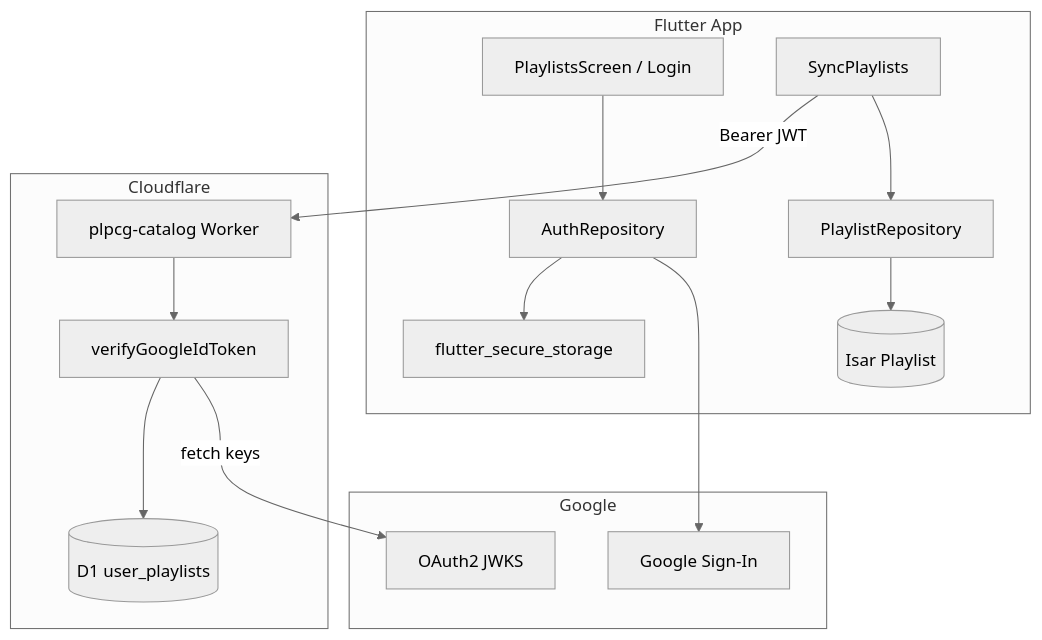
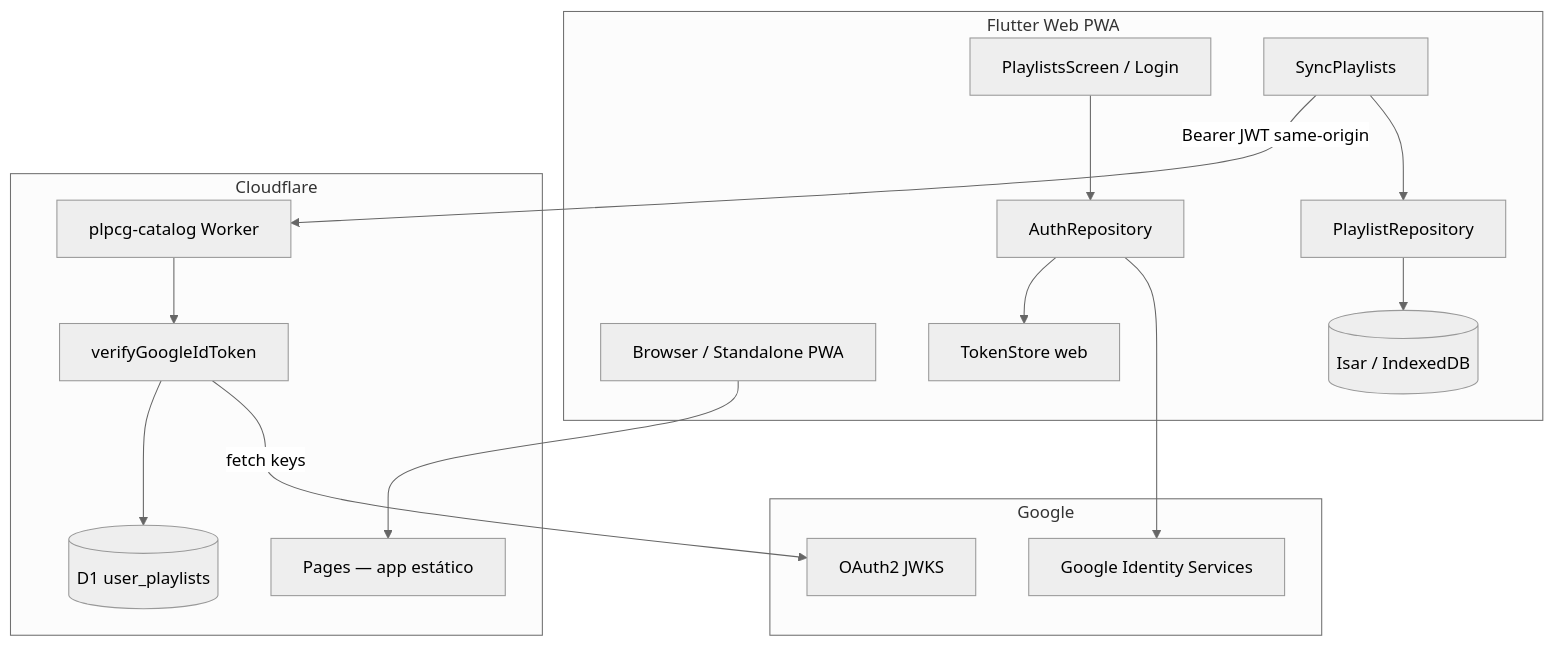
Before and after one commit to jairofilho79/coldigui: the diagram in docs/USER_AUTH_PLAYLIST_SYNC_SPEC.md, drawn with Mermaid (neutral theme). The commit also changed other lines of this file and 35 other files, not shown here.

First line of the commit message:
feat(auth): integrate Google Sign-In for user authentication

````diff
--- a/docs/USER_AUTH_PLAYLIST_SYNC_SPEC.md
+++ b/docs/USER_AUTH_PLAYLIST_SYNC_SPEC.md
@@ -83,32 +122,35 @@
 ```mermaid
 flowchart TB
-  subgraph flutter [Flutter App]
+  subgraph pwa [Flutter Web PWA]
+    Browser[Browser / Standalone PWA]
     UI[PlaylistsScreen / Login]
     Auth[AuthRepository]
-    Secure[flutter_secure_storage]
+    TokenStore[TokenStore web]
     Repo[PlaylistRepository]
-    Isar[(Isar Playlist)]
+    Isar[(Isar / IndexedDB)]
     Sync[SyncPlaylists]
   end
 
   subgraph cloud [Cloudflare]
+    Pages[Pages — app estático]
     Worker[plpcg-catalog Worker]
     AuthMW[verifyGoogleIdToken]
     D1[(D1 user_playlists)]
   end
 
   subgraph google [Google]
-    GSI[Google Sign-In]
+    GIS[Google Identity Services]
     JWKS[OAuth2 JWKS]
   end
 
+  Browser --> Pages
   UI --> Auth
-  Auth --> GSI
-  Auth --> Secure
+  Auth --> GIS
+  Auth --> TokenStore
   Sync --> Repo
   Repo --> Isar
-  Sync -->|Bearer JWT| Worker
+  Sync -->|Bearer JWT same-origin| Worker
   Worker --> AuthMW
   AuthMW -->|fetch keys| JWKS
   AuthMW --> D1
 ```
````
